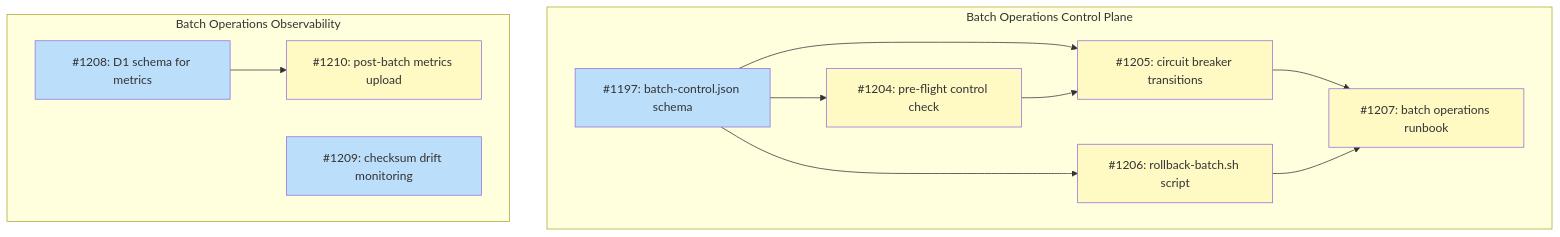
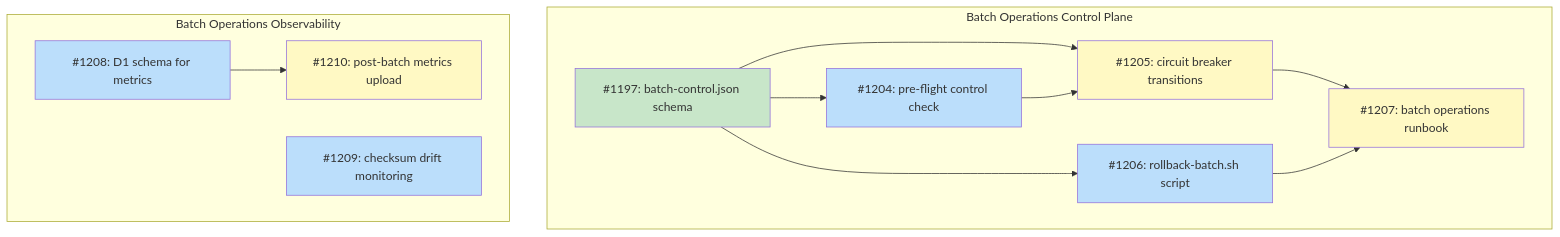
The diagram in docs/designs/DESIGN-batch-operations.md (tsukumogami/tsuku), drawn with Mermaid before and after one commit. The commit also changed other lines of this file and 1 other file, not shown here.

Commit message:
feat(ops): add batch-control.json schema and initial file (#1218)
Add the batch-control.json file at repository root, which serves as the
repository-primary source of truth for batch pipeline operational state.
The file includes fields for the master enable switch, per-ecosystem
disabling, incident tracking metadata, circuit breaker state, and CI
budget tracking. All values are initialized to safe defaults.

````diff
--- a/docs/designs/DESIGN-batch-operations.md
+++ b/docs/designs/DESIGN-batch-operations.md
@@ -36,32 +36,34 @@
 ```mermaid
 graph TD
     subgraph ControlPlane["Batch Operations Control Plane"]
         I1197["#1197: batch-control.json schema"]
         I1204["#1204: pre-flight control check"]
         I1205["#1205: circuit breaker transitions"]
         I1206["#1206: rollback-batch.sh script"]
         I1207["#1207: batch operations runbook"]
     end
 
     subgraph Observability["Batch Operations Observability"]
         I1208["#1208: D1 schema for metrics"]
         I1209["#1209: checksum drift monitoring"]
         I1210["#1210: post-batch metrics upload"]
     end
 
     I1197 --> I1204
     I1197 --> I1205
     I1197 --> I1206
     I1204 --> I1205
     I1205 --> I1207
     I1206 --> I1207
     I1208 --> I1210
 
     classDef done fill:#c8e6c9
     classDef ready fill:#bbdefb
     classDef blocked fill:#fff9c4
     classDef needsDesign fill:#e1bee7
 
-    class I1197,I1208,I1209 ready
-    class I1204,I1205,I1206,I1207,I1210 blocked
+    class I1197 done
+    class I1208,I1209 ready
+    class I1204,I1206 ready
+    class I1205,I1207,I1210 blocked
 ```
````
